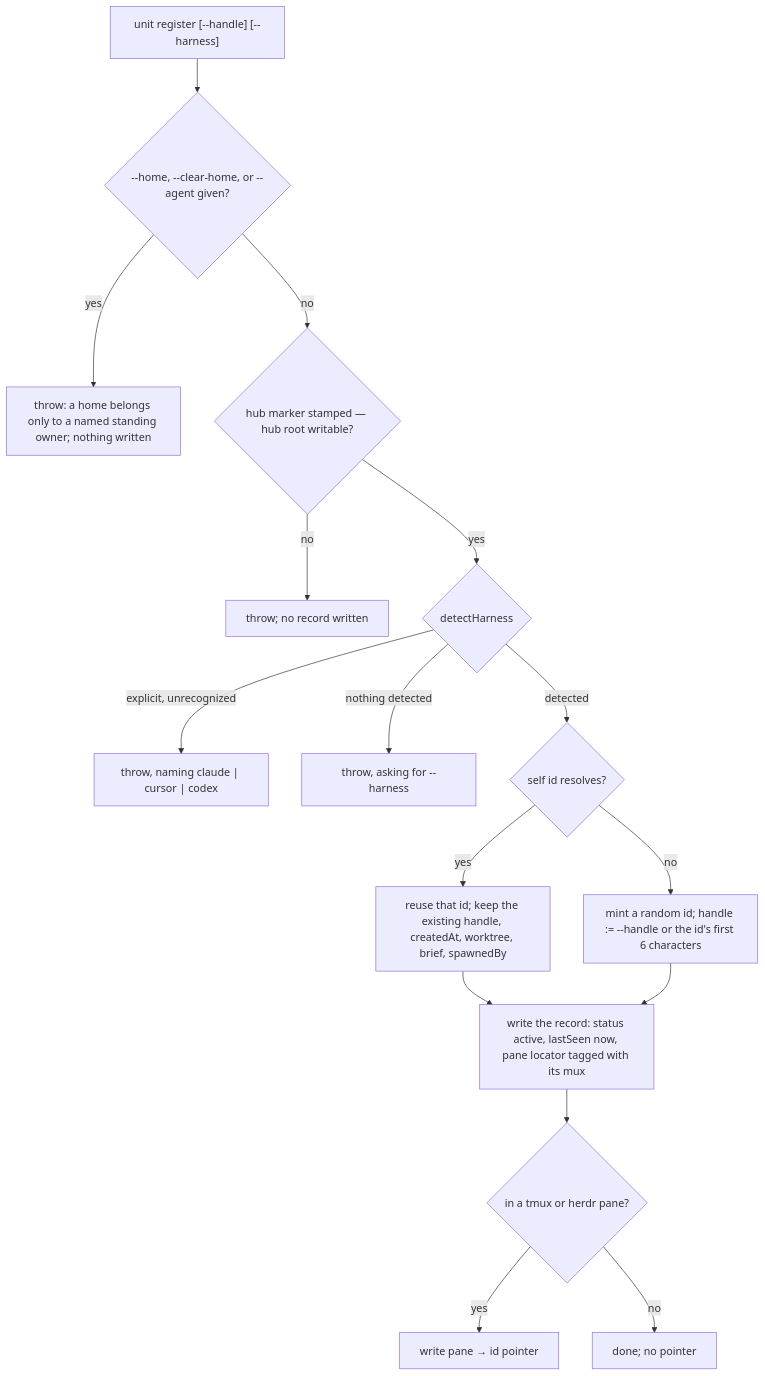
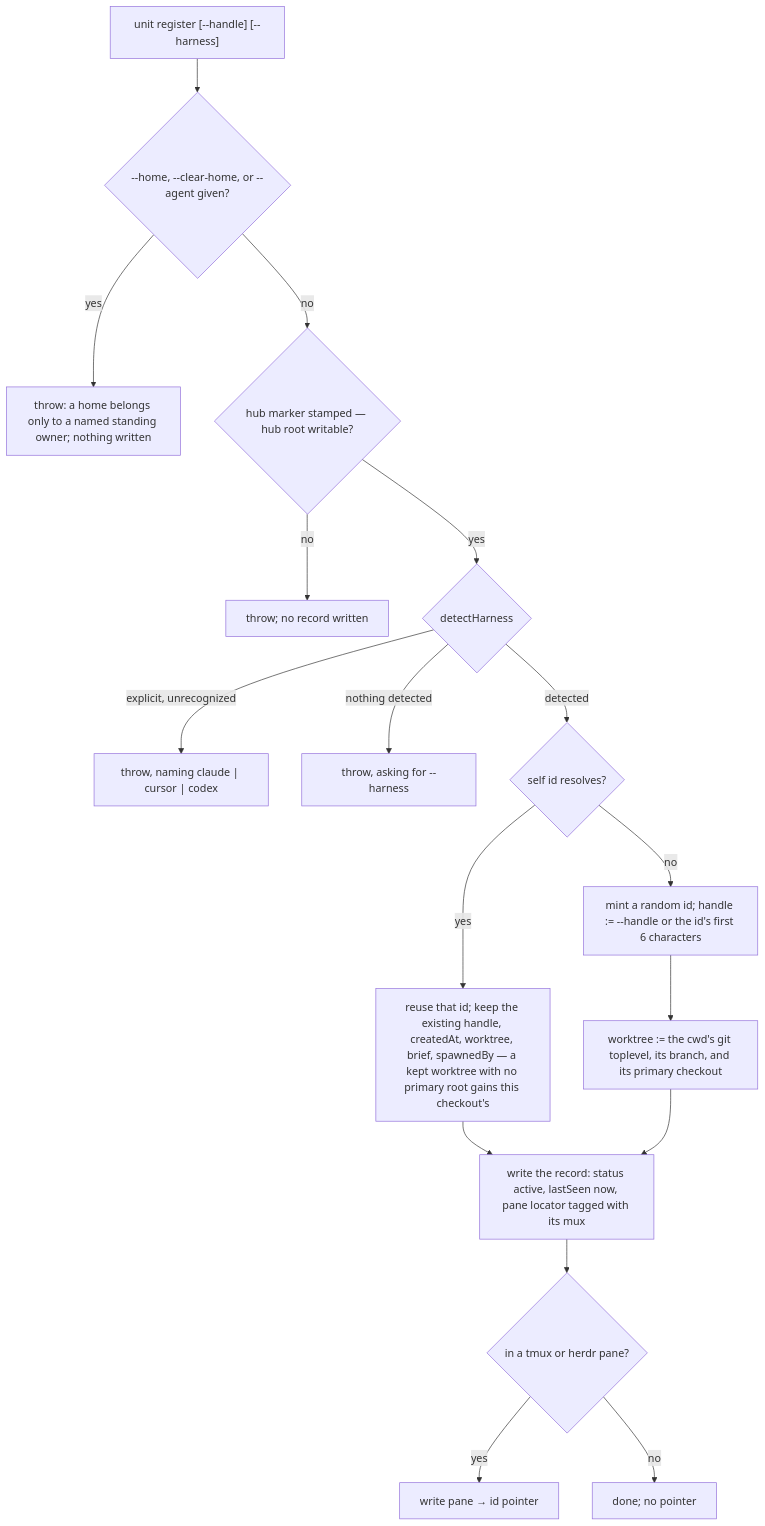
Before and after one commit to cyberuni/cyberlegion: the first of 13 diagrams in packages/cyberlegion/.agents/spec/unit/registry/README.md, drawn with Mermaid. The commit also changed other lines of this file and 5 other files, not shown here.

First line of the commit message:
fix: record the primary checkout on unit register (#238)

````diff
--- a/packages/cyberlegion/.agents/spec/unit/registry/README.md
+++ b/packages/cyberlegion/.agents/spec/unit/registry/README.md
@@ -400,18 +406,19 @@
 ```mermaid
 graph TD
   RG0["unit register [--handle] [--harness]"] --> RGH{"--home, --clear-home, or --agent given?"}
   RGH -- yes --> RGHX["throw: a home belongs only to a named standing owner; nothing written"]
   RGH -- no --> RG1{"hub marker stamped — hub root writable?"}
   RG1 -- no --> RG1X["throw; no record written"]
   RG1 -- yes --> RG2{"detectHarness"}
   RG2 -- "explicit, unrecognized" --> RG2T["throw, naming claude | cursor | codex"]
   RG2 -- "nothing detected" --> RG2X["throw, asking for --harness"]
   RG2 -- detected --> RG3{"self id resolves?"}
-  RG3 -- yes --> RG4["reuse that id; keep the existing handle, createdAt, worktree, brief, spawnedBy"]
+  RG3 -- yes --> RG4["reuse that id; keep the existing handle, createdAt, worktree, brief, spawnedBy — a kept worktree with no primary root gains this checkout's"]
   RG3 -- no --> RG5["mint a random id; handle := --handle or the id's first 6 characters"]
+  RG5 --> RG5W["worktree := the cwd's git toplevel, its branch, and its primary checkout"]
   RG4 --> RG6["write the record: status active, lastSeen now, pane locator tagged with its mux"]
-  RG5 --> RG6
+  RG5W --> RG6
   RG6 --> RG7{"in a tmux or herdr pane?"}
   RG7 -- yes --> RG8["write pane → id pointer"]
   RG7 -- no --> RG9["done; no pointer"]
 ```
````
